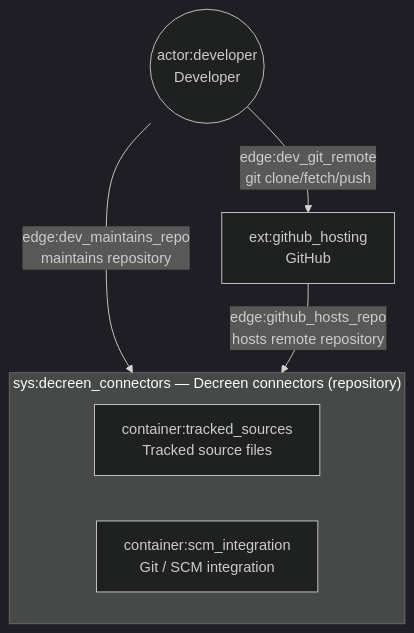
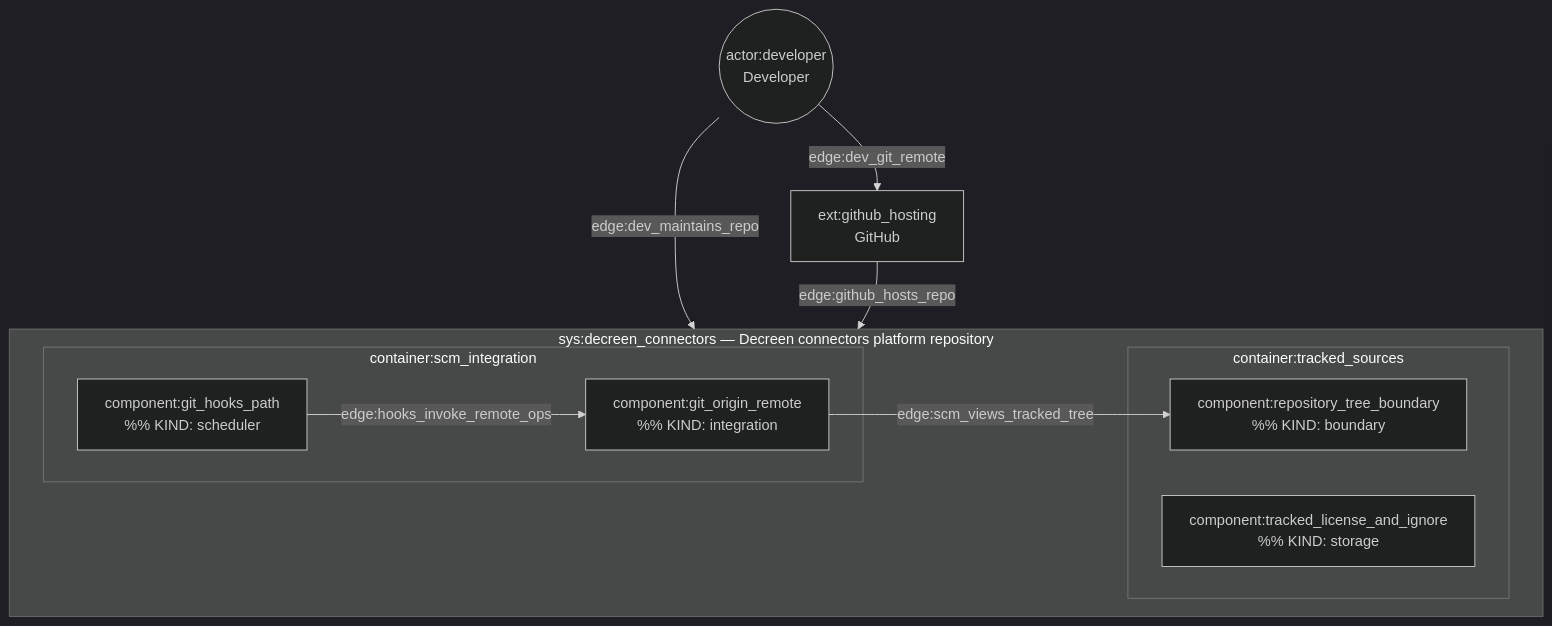
The diagram in docs/c4-live.mermaid.md (Decreen/decreen-connectors), drawn with Mermaid (dark theme) before and after one commit. The commit also changed 3 other files, not shown here.

Commit message:
feat(c4): Pass 4 final architecture projection and freeze

````diff
--- a/docs/c4-live.mermaid.md
+++ b/docs/c4-live.mermaid.md
@@ -3,12 +3,20 @@
 ```mermaid
 flowchart TB
   dev(("actor:developer\nDeveloper"))
   gh["ext:github_hosting\nGitHub"]
-  subgraph sys_boundary["sys:decreen_connectors — Decreen connectors (repository)"]
-    ctr_src["container:tracked_sources\nTracked source files"]
-    ctr_git["container:scm_integration\nGit / SCM integration"]
+  subgraph sys_boundary["sys:decreen_connectors — Decreen connectors platform repository"]
+    subgraph ctr_src["container:tracked_sources"]
+      c1["component:tracked_license_and_ignore\n%% KIND: storage"]
+      c2["component:repository_tree_boundary\n%% KIND: boundary"]
+    end
+    subgraph ctr_git["container:scm_integration"]
+      c3["component:git_origin_remote\n%% KIND: integration"]
+      c4["component:git_hooks_path\n%% KIND: scheduler"]
+    end
+    c4 -->|"edge:hooks_invoke_remote_ops"| c3
+    c3 -->|"edge:scm_views_tracked_tree"| c2
   end
-  dev -->|"edge:dev_maintains_repo\nmaintains repository"| sys_boundary
-  gh -->|"edge:github_hosts_repo\nhosts remote repository"| sys_boundary
-  dev -->|"edge:dev_git_remote\ngit clone/fetch/push"| gh
+  dev -->|"edge:dev_maintains_repo"| sys_boundary
+  gh -->|"edge:github_hosts_repo"| sys_boundary
+  dev -->|"edge:dev_git_remote"| gh
 ```
````
